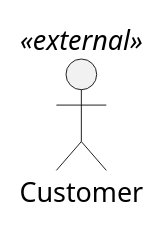
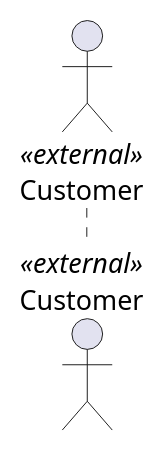
One commit to itsallcode/openfasttrace-architecture-template changed the diagram in uml/actors/Customer.plantuml. Above: the diagram before and after it, drawn with PlantUML. The commit also changed 33 other files, not shown here.

```diff
--- a/uml/actors/Customer.plantuml
+++ b/uml/actors/Customer.plantuml
@@ -1,3 +1,1 @@
-@startuml
-actor "Customer" <<external>> as Customer
-@enduml
+actor "Customer" as Customer <<external>>
```
